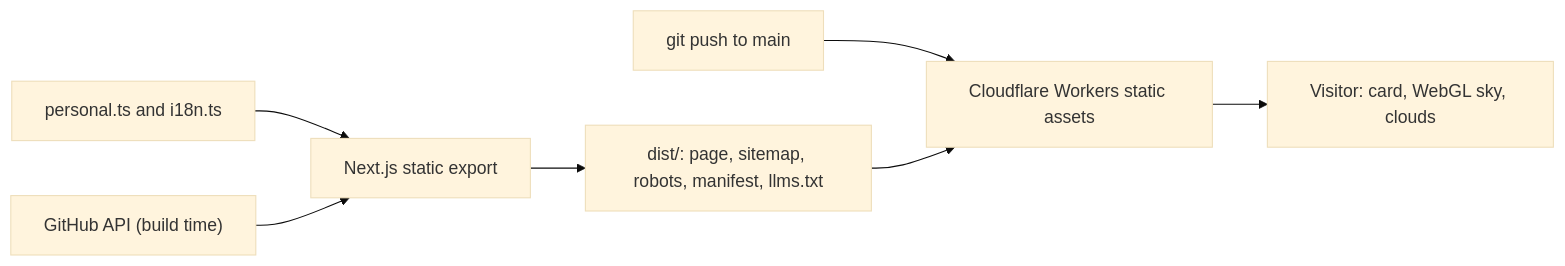
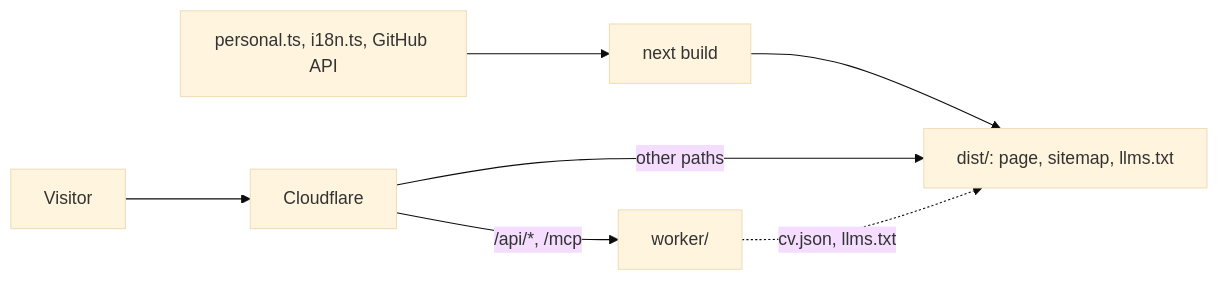
The diagram in README.md (pavstev/website), drawn with Mermaid (base theme) before and after one commit. The commit also changed other lines of this file and 38 other files, not shown here.

First line of the commit message:
feat: ask and MCP Worker, README project data, card polish

````diff
--- a/README.md
+++ b/README.md
@@ -23,9 +22,8 @@
 ```mermaid
 flowchart LR
-  content["personal.ts and i18n.ts"] --> build["Next.js static export"]
-  github["GitHub API (build time)"] --> build
-  build --> dist["dist/: page, sitemap, robots, manifest, llms.txt"]
-  push["git push to main"] --> cloudflare["Cloudflare Workers static assets"]
-  dist --> cloudflare
-  cloudflare --> visitor["Visitor: card, WebGL sky, clouds"]
+  data["personal.ts, i18n.ts, GitHub API"] --> build["next build"] --> dist["dist/: page, sitemap, llms.txt"]
+  visitor["Visitor"] --> cf["Cloudflare"]
+  cf -- "other paths" --> dist
+  cf -- "/api/*, /mcp" --> worker["worker/"]
+  worker -. "cv.json, llms.txt" .-> dist
 ```
````
